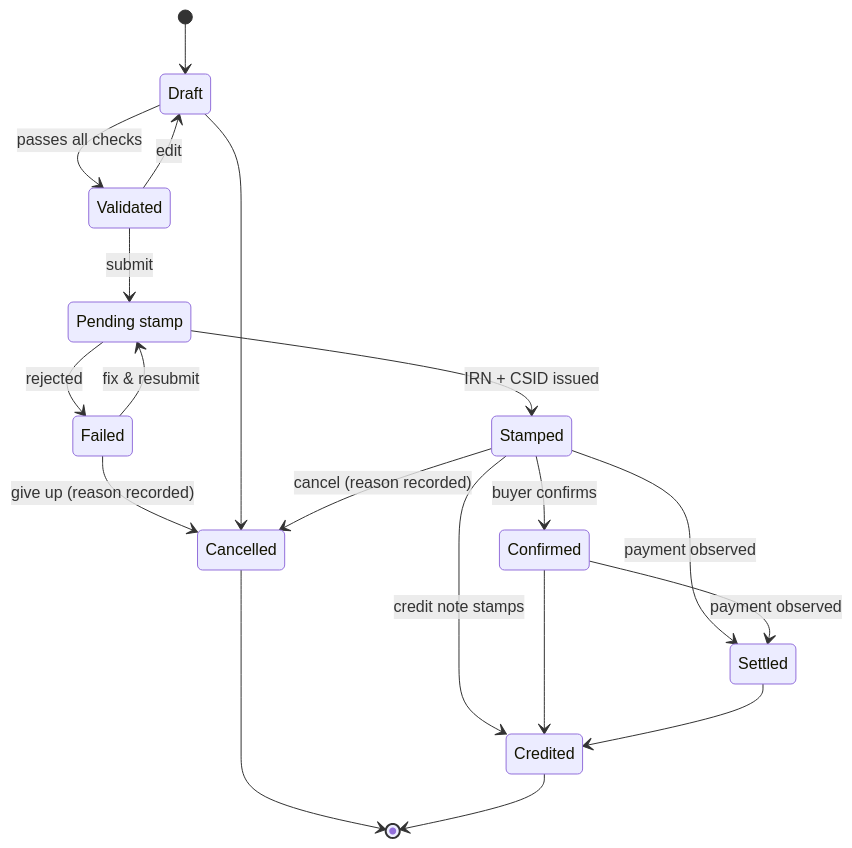
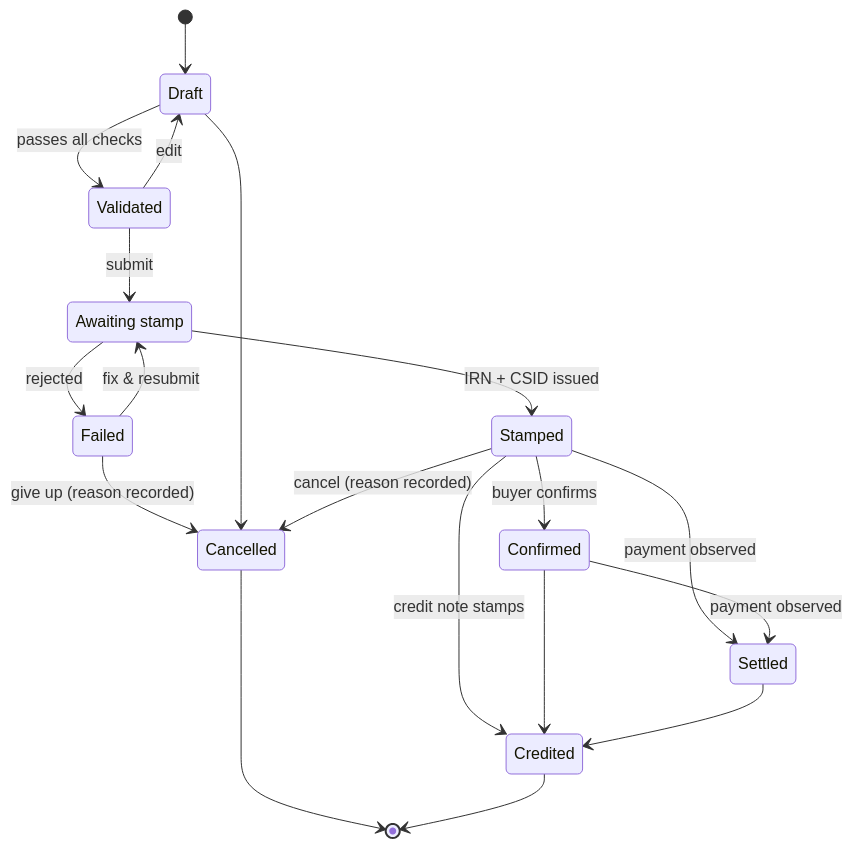
The diagram in docs/USER_MANUAL.md (obeidpeter/Meridian-IQ), drawn with Mermaid before and after one commit. The commit also changed other lines of this file and 50 other files, not shown here.

First line of the commit message:
R64 wave 1: verified usability fixes — auth/returnTo, dashboard first-run, invoice flow, import, deadlines, public surfaces

````diff
--- a/docs/USER_MANUAL.md
+++ b/docs/USER_MANUAL.md
@@ -1678,22 +1678,22 @@
 ```mermaid
 stateDiagram-v2
-    Pending: Pending stamp
+    Pending: Awaiting stamp
     [*] --> Draft
     Draft --> Validated: passes all checks
     Validated --> Draft: edit
     Validated --> Pending: submit
     Pending --> Stamped: IRN + CSID issued
     Pending --> Failed: rejected
     Failed --> Pending: fix & resubmit
     Failed --> Cancelled: give up (reason recorded)
     Draft --> Cancelled
     Stamped --> Confirmed: buyer confirms
     Stamped --> Cancelled: cancel (reason recorded)
     Stamped --> Credited: credit note stamps
     Stamped --> Settled: payment observed
     Confirmed --> Settled: payment observed
     Confirmed --> Credited
     Settled --> Credited
     Cancelled --> [*]
     Credited --> [*]
 ```
````
